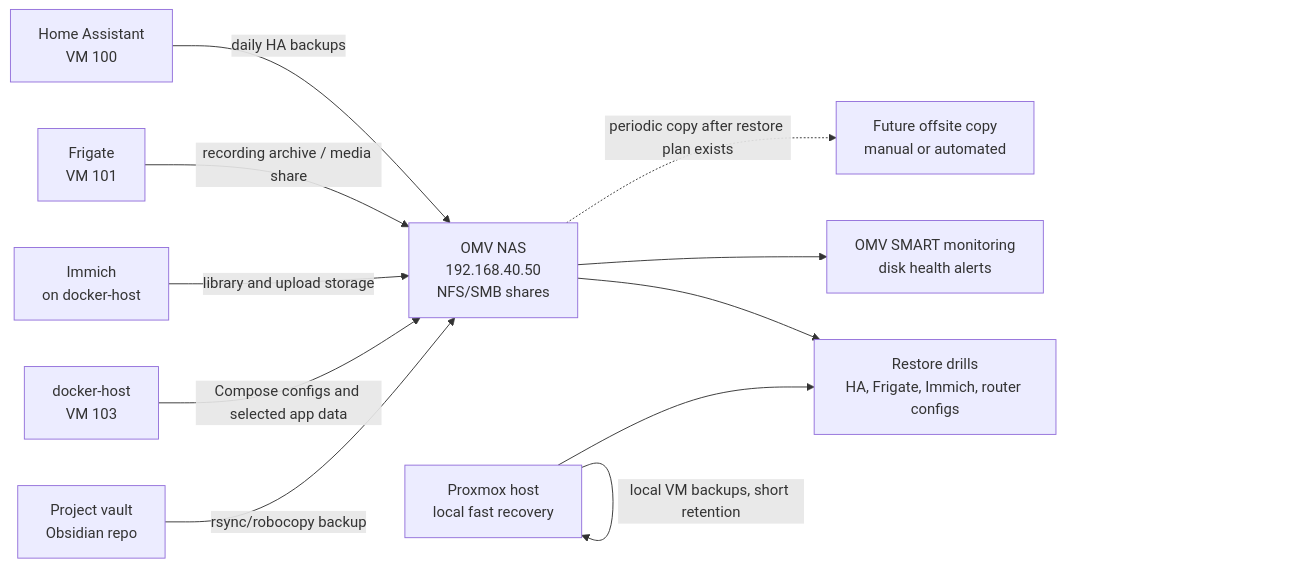
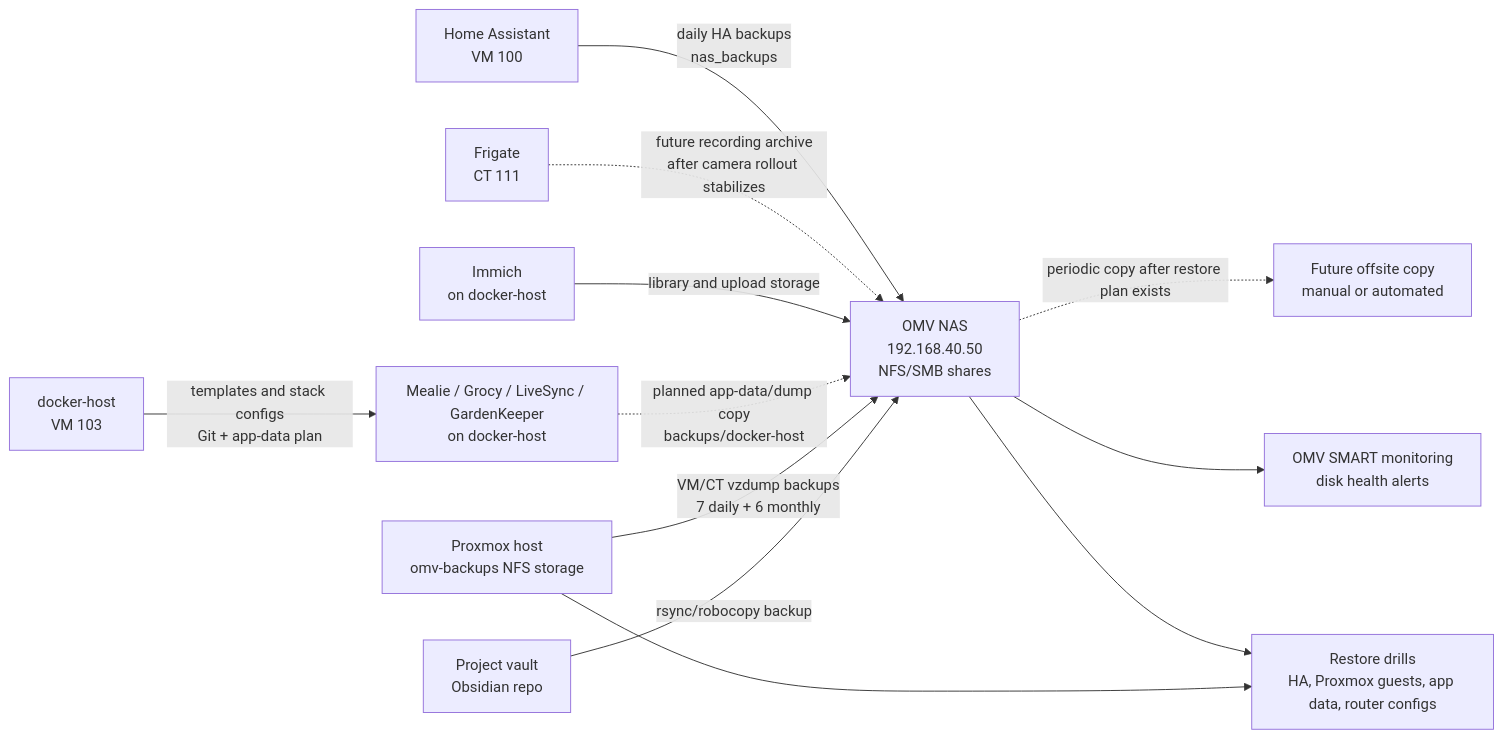
The diagram in main/docs/diagrams/storage/storage-and-backup-flow.mermaid (Nysplaidame/home-automation-project), drawn with Mermaid before and after one commit. The commit also changed 52 other files, not shown here.

```diff
--- a/main/docs/diagrams/storage/storage-and-backup-flow.mermaid
+++ b/main/docs/diagrams/storage/storage-and-backup-flow.mermaid
@@ -1,24 +1,26 @@
 flowchart LR
     HA["Home Assistant<br/>VM 100"]
-    Frigate["Frigate<br/>VM 101"]
+    Frigate["Frigate<br/>CT 111"]
     DockerHost["docker-host<br/>VM 103"]
     Immich["Immich<br/>on docker-host"]
+    Apps["Mealie / Grocy / LiveSync / GardenKeeper<br/>on docker-host"]
     OMV["OMV NAS<br/>192.168.40.50<br/>NFS/SMB shares"]
-    Proxmox["Proxmox host<br/>local fast recovery"]
+    Proxmox["Proxmox host<br/>omv-backups NFS storage"]
     Vault["Project vault<br/>Obsidian repo"]
     Offsite["Future offsite copy<br/>manual or automated"]
 
-    HA -->|"daily HA backups"| OMV
-    Frigate -->|"recording archive / media share"| OMV
+    HA -->|"daily HA backups<br/>nas_backups"| OMV
+    Frigate -.->|"future recording archive<br/>after camera rollout stabilizes"| OMV
     Immich -->|"library and upload storage"| OMV
-    DockerHost -->|"Compose configs and selected app data"| OMV
-    Proxmox -->|"local VM backups, short retention"| Proxmox
+    Apps -.->|"planned app-data/dump copy<br/>backups/docker-host"| OMV
+    DockerHost -->|"templates and stack configs<br/>Git + app-data plan"| Apps
+    Proxmox -->|"VM/CT vzdump backups<br/>7 daily + 6 monthly"| OMV
     Vault -->|"rsync/robocopy backup"| OMV
     OMV -.->|"periodic copy after restore plan exists"| Offsite
 
     SMART["OMV SMART monitoring<br/>disk health alerts"]
-    Restore["Restore drills<br/>HA, Frigate, Immich, router configs"]
+    Restore["Restore drills<br/>HA, Proxmox guests, app data, router configs"]
 
     OMV --> SMART
     OMV --> Restore
     Proxmox --> Restore
```
